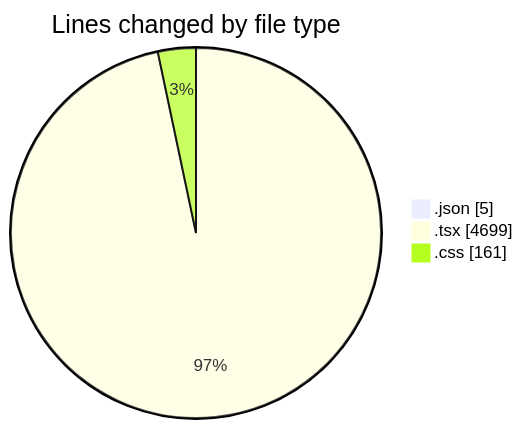
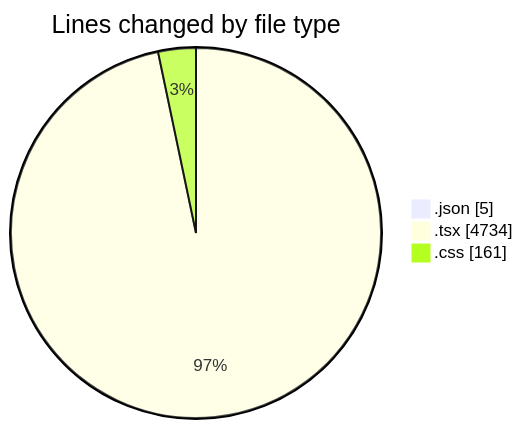
The first of 2 diagrams in 2025-05-29/advertise/README.md (Elitesun/code-tracking), drawn with Mermaid before and after one commit. The commit also changed other lines of this file and 1 other file, not shown here.

````diff
--- a/2025-05-29/advertise/README.md
+++ b/2025-05-29/advertise/README.md
@@ -38,7 +38,7 @@
 ```mermaid
 pie showData
 title Lines changed by file type
 ".json" : 5
-".tsx" : 4699
+".tsx" : 4734
 ".css" : 161
 ```
````
